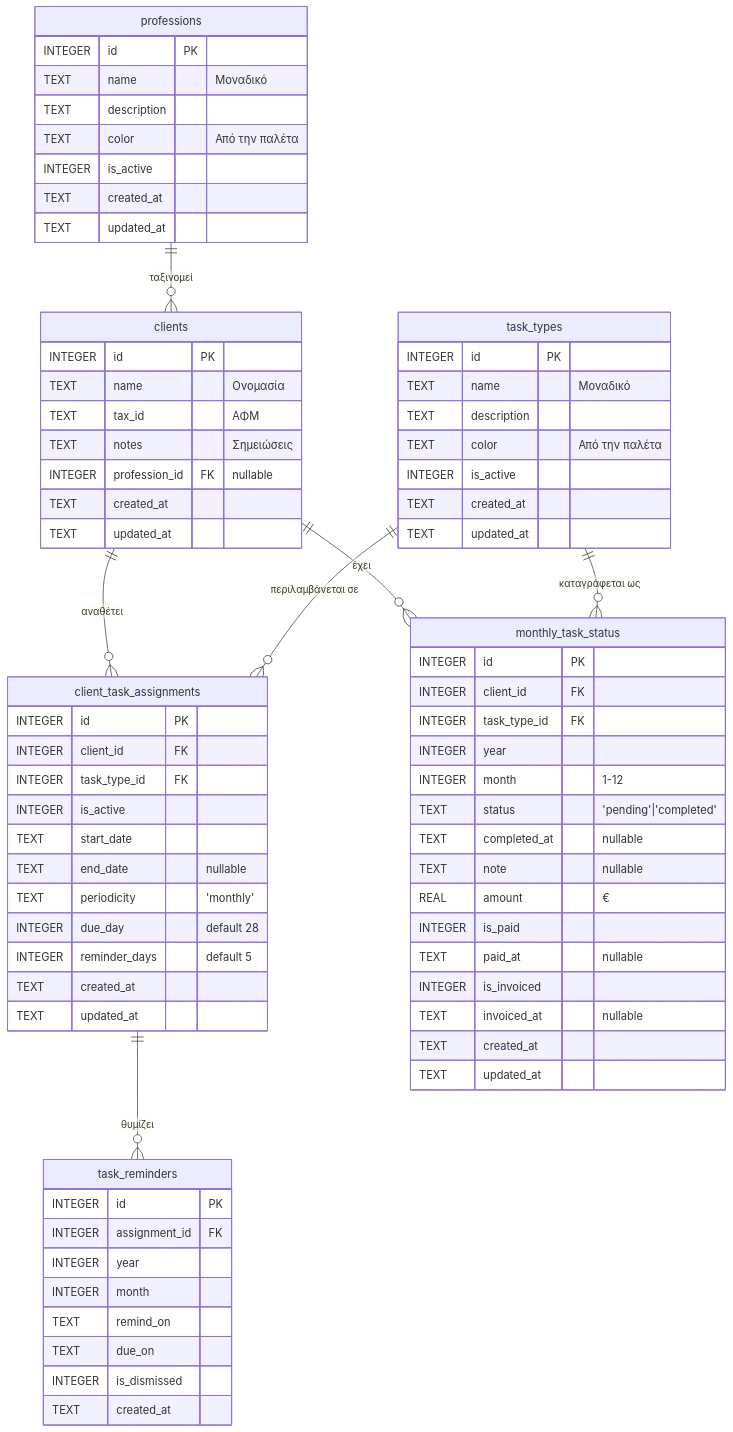
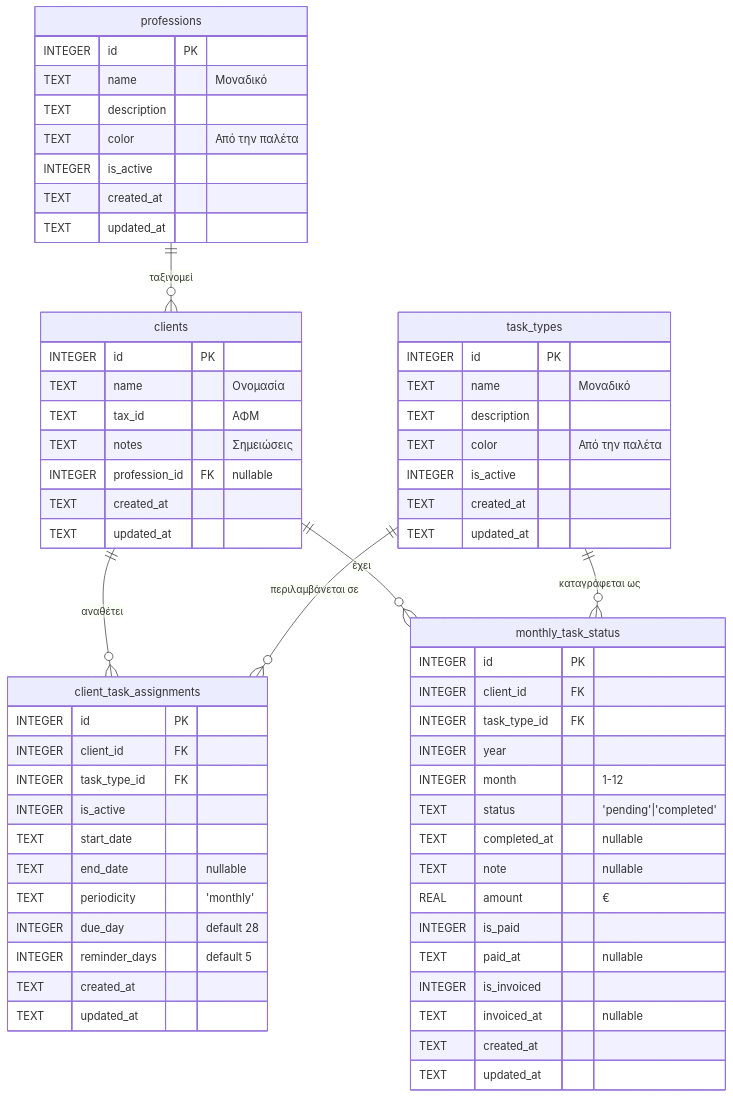
The diagram in DATABASE.md (char-17/accountant-util), drawn with Mermaid before and after one commit. The commit also changed other lines of this file and 27 other files, not shown here.

````diff
--- a/DATABASE.md
+++ b/DATABASE.md
@@ -10,82 +10,70 @@
 ```mermaid
 erDiagram
     professions ||--o{ clients : "ταξινομεί"
     clients     ||--o{ client_task_assignments : "αναθέτει"
     task_types  ||--o{ client_task_assignments : "περιλαμβάνεται σε"
     clients     ||--o{ monthly_task_status : "έχει"
     task_types  ||--o{ monthly_task_status : "καταγράφεται ως"
-    client_task_assignments ||--o{ task_reminders : "θυμίζει"
 
     clients {
         INTEGER id PK
         TEXT    name "Ονομασία"
         TEXT    tax_id "ΑΦΜ"
         TEXT    notes "Σημειώσεις"
         INTEGER profession_id FK "nullable"
         TEXT    created_at
         TEXT    updated_at
     }
 
     task_types {
         INTEGER id PK
         TEXT    name "Μοναδικό"
         TEXT    description
         TEXT    color "Από την παλέτα"
         INTEGER is_active
         TEXT    created_at
         TEXT    updated_at
     }
 
     professions {
         INTEGER id PK
         TEXT    name "Μοναδικό"
         TEXT    description
         TEXT    color "Από την παλέτα"
         INTEGER is_active
         TEXT    created_at
         TEXT    updated_at
     }
 
     client_task_assignments {
         INTEGER id PK
         INTEGER client_id FK
         INTEGER task_type_id FK
         INTEGER is_active
         TEXT    start_date
         TEXT    end_date "nullable"
         TEXT    periodicity "'monthly'"
         INTEGER due_day "default 28"
         INTEGER reminder_days "default 5"
         TEXT    created_at
         TEXT    updated_at
     }
 
     monthly_task_status {
         INTEGER id PK
         INTEGER client_id FK
         INTEGER task_type_id FK
         INTEGER year
         INTEGER month "1-12"
         TEXT    status "'pending'|'completed'"
         TEXT    completed_at "nullable"
         TEXT    note "nullable"
         REAL    amount "€"
         INTEGER is_paid
         TEXT    paid_at "nullable"
         INTEGER is_invoiced
         TEXT    invoiced_at "nullable"
         TEXT    created_at
         TEXT    updated_at
     }
-
-    task_reminders {
-        INTEGER id PK
-        INTEGER assignment_id FK
-        INTEGER year
-        INTEGER month
-        TEXT    remind_on
-        TEXT    due_on
-        INTEGER is_dismissed
-        TEXT    created_at
-    }
 ```
````
